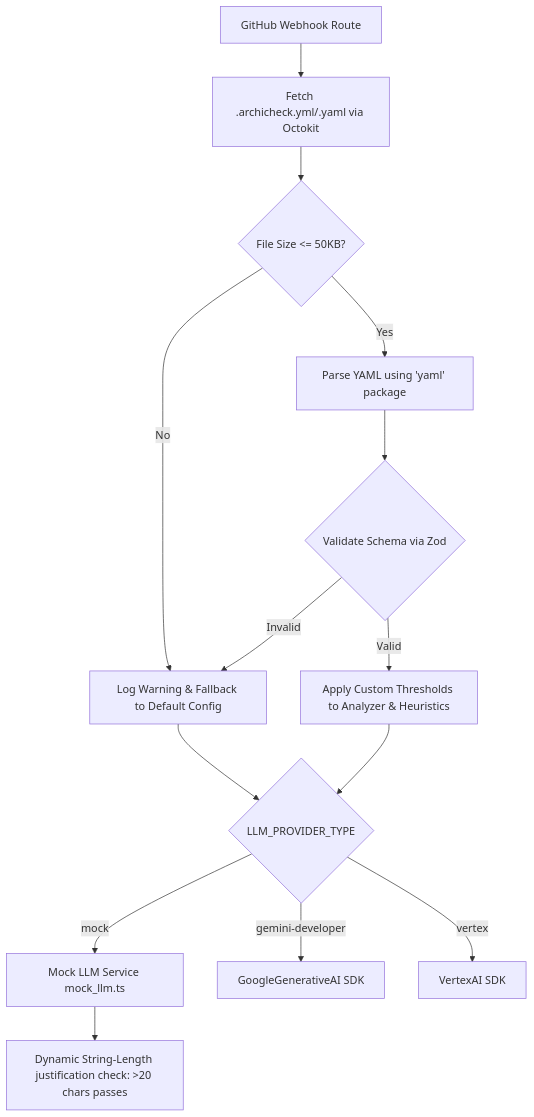
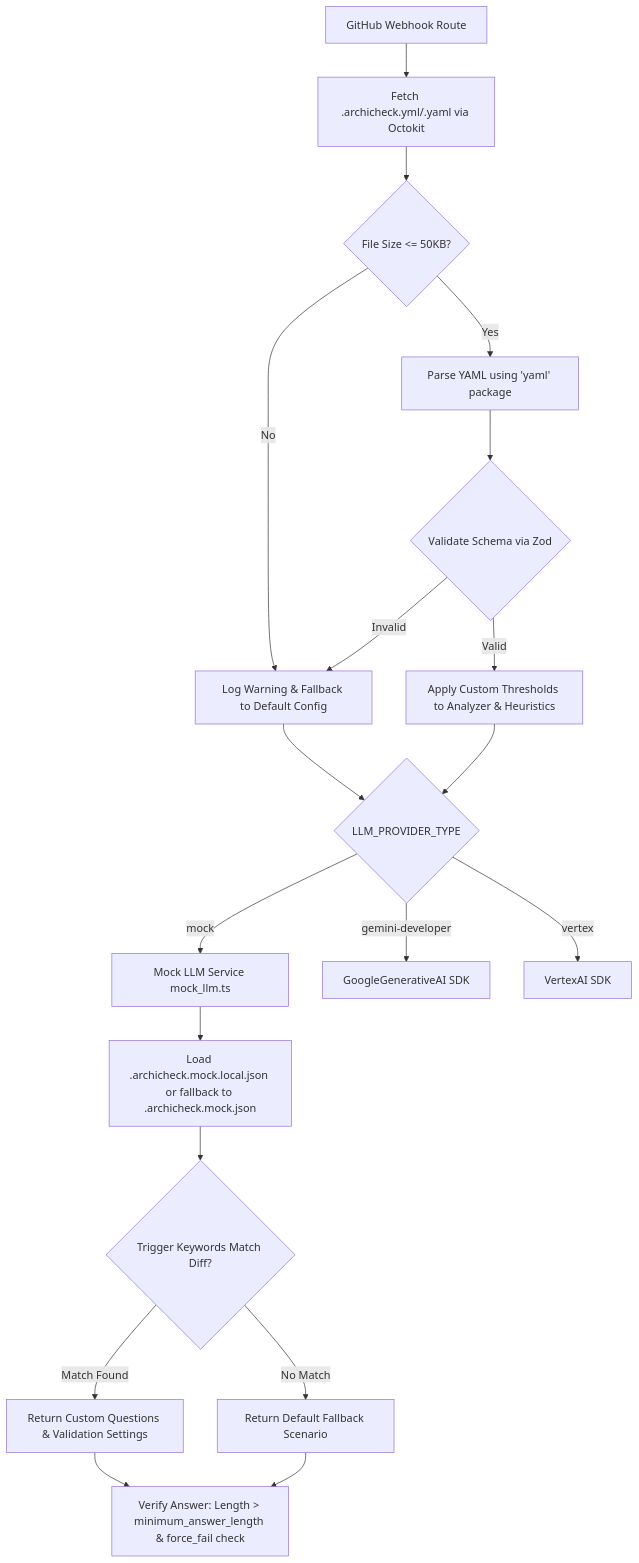
One commit to tinhct/archi-check changed the diagram in docs/Architecture/SD/Solution_Design_Repository_Customization_&_DX.md. Above: the diagram before and after it, drawn with Mermaid. The commit also changed other lines of this file and 4 other files, not shown here.

Commit message:
docs: systematically perform Epic Intake and Impact Analysis for mock LLM sandbox feature

````diff
--- a/docs/Architecture/SD/Solution_Design_Repository_Customization_&_DX.md
+++ b/docs/Architecture/SD/Solution_Design_Repository_Customization_&_DX.md
@@ -8,21 +10,27 @@
 ```mermaid
 flowchart TD
     Webhook[GitHub Webhook Route] --> FetchConfig[Fetch .archicheck.yml/.yaml via Octokit]
     FetchConfig --> SizeCheck{File Size <= 50KB?}
     
     SizeCheck -- No --> FailOpenConfig[Log Warning & Fallback to Default Config]
     SizeCheck -- Yes --> ParseYAML[Parse YAML using 'yaml' package]
     
     ParseYAML --> ValidateConfig{Validate Schema via Zod}
     ValidateConfig -- Invalid --> FailOpenConfig
     ValidateConfig -- Valid --> ApplyConfig[Apply Custom Thresholds to Analyzer & Heuristics]
     
     ApplyConfig --> Factory{LLM_PROVIDER_TYPE}
     FailOpenConfig --> Factory
     
     Factory -- mock --> MockLLM[Mock LLM Service mock_llm.ts]
     Factory -- gemini-developer --> Gemini[GoogleGenerativeAI SDK]
     Factory -- vertex --> Vertex[VertexAI SDK]
     
-    MockLLM --> Validation[Dynamic String-Length justification check: >20 chars passes]
+    MockLLM --> LoadMockConfig[Load .archicheck.mock.local.json or fallback to .archicheck.mock.json]
+    LoadMockConfig --> Router{Trigger Keywords Match Diff?}
+    Router -- Match Found --> MatchScenario[Return Custom Questions & Validation Settings]
+    Router -- No Match --> FallbackScenario[Return Default Fallback Scenario]
+    
+    MatchScenario --> Validation[Verify Answer: Length > minimum_answer_length & force_fail check]
+    FallbackScenario --> Validation
 ```
````
